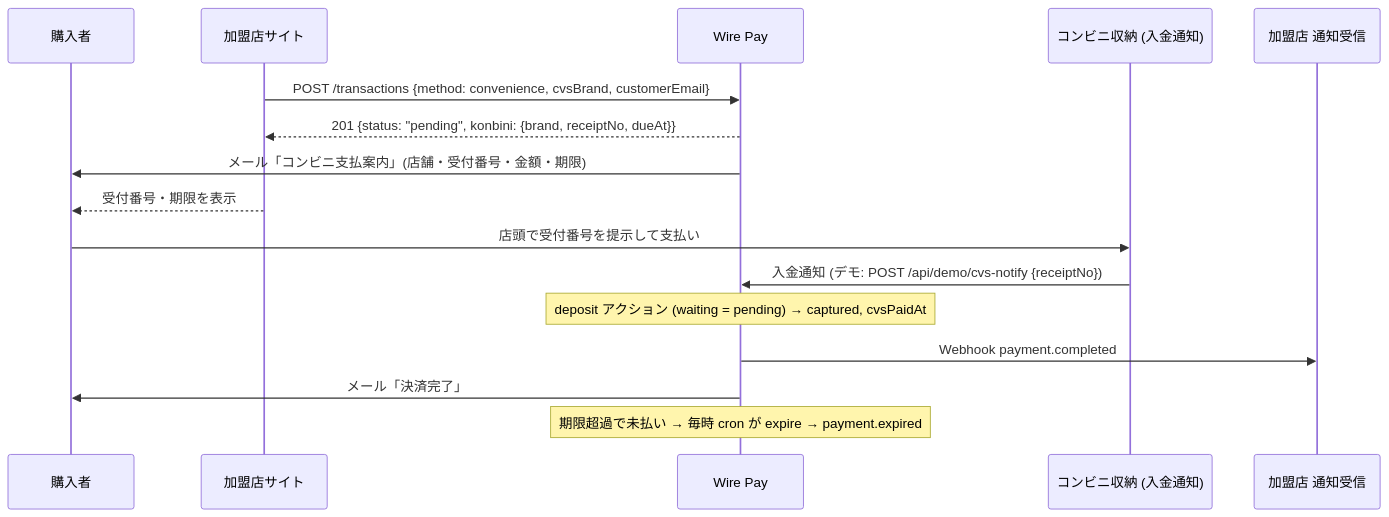
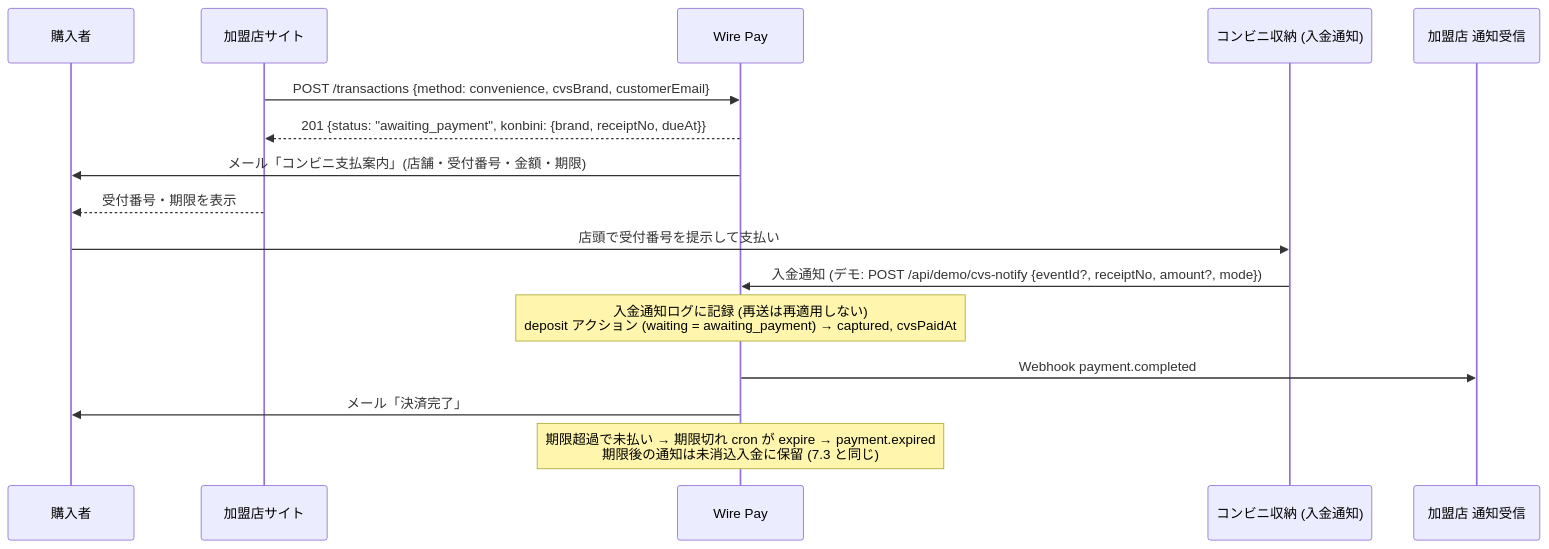
Before and after one commit to Atsushi-Odajima/Payment-management: the sixth of 11 diagrams in docs/spec/ja/A-merchant-integration-spec.md, drawn with Mermaid. The commit also changed other lines of this file and 26 other files, not shown here.

````diff
--- a/docs/spec/ja/A-merchant-integration-spec.md
+++ b/docs/spec/ja/A-merchant-integration-spec.md
@@ -1165,19 +1201,19 @@
 ```mermaid
 sequenceDiagram
   participant C as 購入者
   participant S as 加盟店サイト
   participant W as Wire Pay
   participant K as コンビニ収納 (入金通知)
   participant R as 加盟店 通知受信
 
   S->>W: POST /transactions {method: convenience, cvsBrand, customerEmail}
-  W-->>S: 201 {status: "pending", konbini: {brand, receiptNo, dueAt}}
+  W-->>S: 201 {status: "awaiting_payment", konbini: {brand, receiptNo, dueAt}}
   W->>C: メール「コンビニ支払案内」(店舗・受付番号・金額・期限)
   S-->>C: 受付番号・期限を表示
   C->>K: 店頭で受付番号を提示して支払い
-  K->>W: 入金通知 (デモ: POST /api/demo/cvs-notify {receiptNo})
-  Note over W: deposit アクション (waiting = pending) → captured, cvsPaidAt
+  K->>W: 入金通知 (デモ: POST /api/demo/cvs-notify {eventId?, receiptNo, amount?, mode})
+  Note over W: 入金通知ログに記録 (再送は再適用しない)<br/>deposit アクション (waiting = awaiting_payment) → captured, cvsPaidAt
   W->>R: Webhook payment.completed
   W->>C: メール「決済完了」
-  Note over W: 期限超過で未払い → 毎時 cron が expire → payment.expired
+  Note over W: 期限超過で未払い → 期限切れ cron が expire → payment.expired<br/>期限後の通知は未消込入金に保留 (7.3 と同じ)
 ```
````
